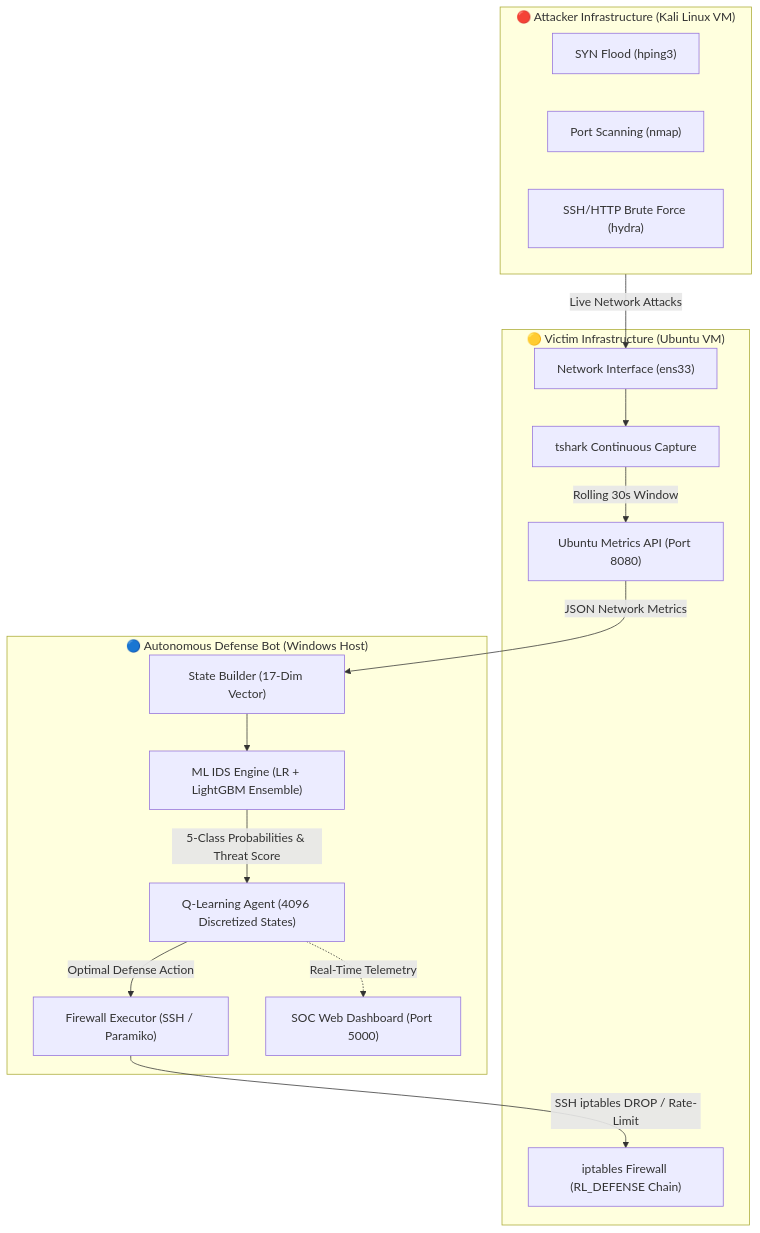
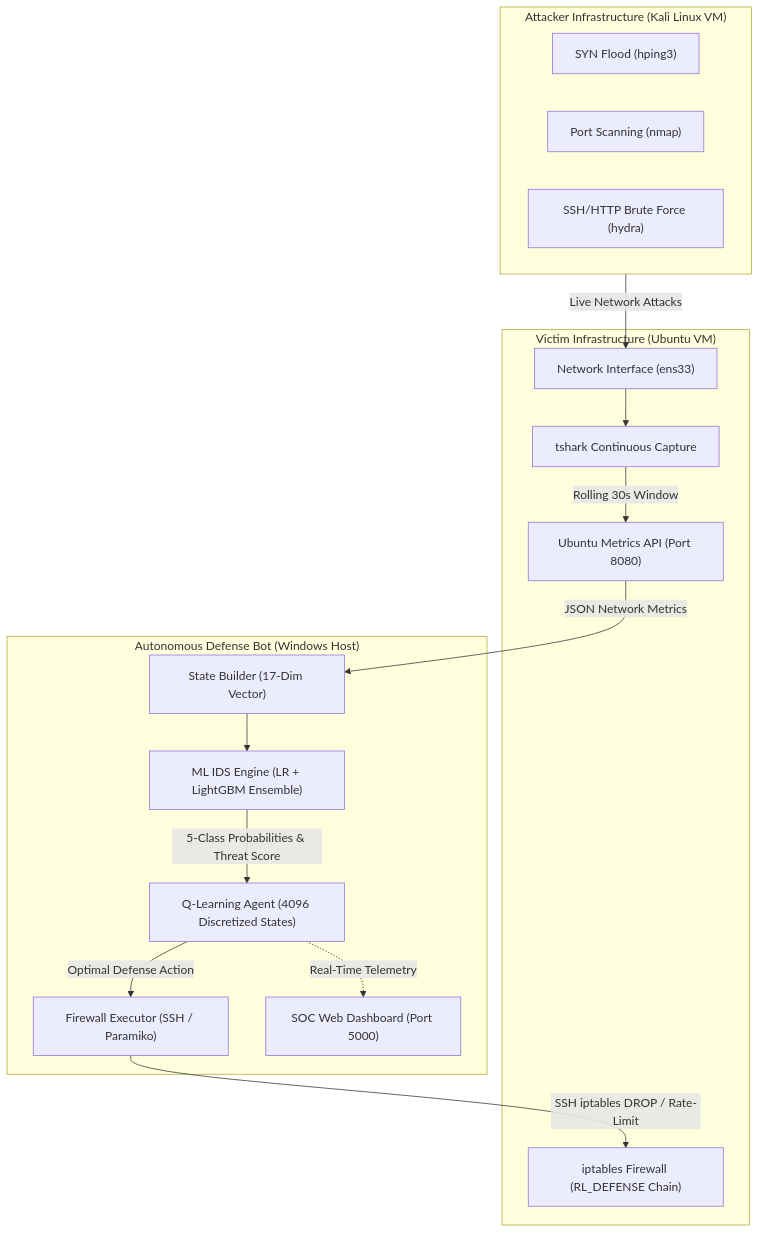
Before and after one commit to Kishore072004/Self-Healing-Network-Defense-Bot-With-Reinforcement-Learning: the diagram in README.md, drawn with Mermaid. The commit also changed other lines of this file, not shown here.

````diff
--- a/README.md
+++ b/README.md
@@ -33,33 +33,33 @@
 ```mermaid
 flowchart TB
-    subgraph Attacker["🔴 Attacker Infrastructure (Kali Linux VM)"]
+    subgraph Attacker["Attacker Infrastructure (Kali Linux VM)"]
         K1["SYN Flood (hping3)"]
         K2["Port Scanning (nmap)"]
         K3["SSH/HTTP Brute Force (hydra)"]
     end
 
-    subgraph Victim["🟡 Victim Infrastructure (Ubuntu VM)"]
+    subgraph Victim["Victim Infrastructure (Ubuntu VM)"]
         U1["Network Interface (ens33)"]
         U2["tshark Continuous Capture"]
         U3["Ubuntu Metrics API (Port 8080)"]
         U4["iptables Firewall (RL_DEFENSE Chain)"]
     end
 
-    subgraph DefenseBot["🔵 Autonomous Defense Bot (Windows Host)"]
+    subgraph DefenseBot["Autonomous Defense Bot (Windows Host)"]
         D1["State Builder (17-Dim Vector)"]
         D2["ML IDS Engine (LR + LightGBM Ensemble)"]
         D3["Q-Learning Agent (4096 Discretized States)"]
         D4["Firewall Executor (SSH / Paramiko)"]
         D5["SOC Web Dashboard (Port 5000)"]
     end
 
     Attacker -- "Live Network Attacks" --> U1
     U1 --> U2
     U2 -- "Rolling 30s Window" --> U3
     U3 -- "JSON Network Metrics" --> D1
     D1 --> D2
     D2 -- "5-Class Probabilities & Threat Score" --> D3
     D3 -- "Optimal Defense Action" --> D4
     D4 -- "SSH iptables DROP / Rate-Limit" --> U4
     D3 -. "Real-Time Telemetry" .-> D5
 ```
````
